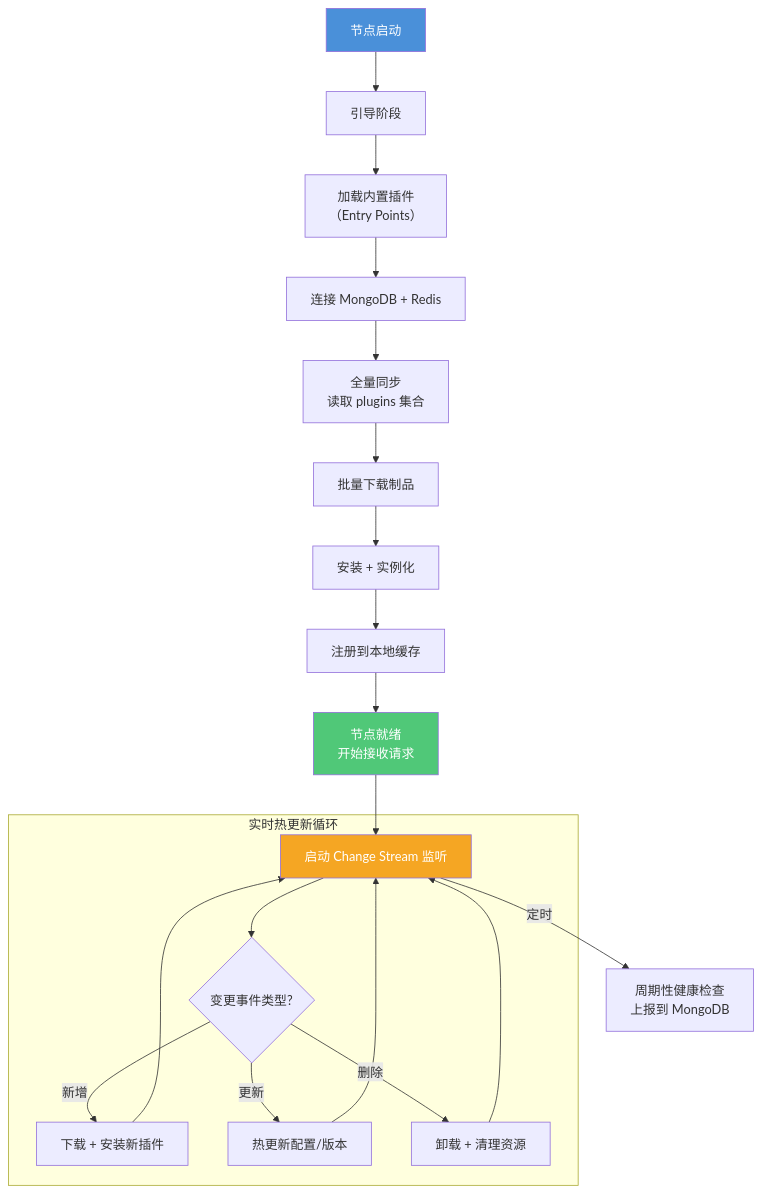
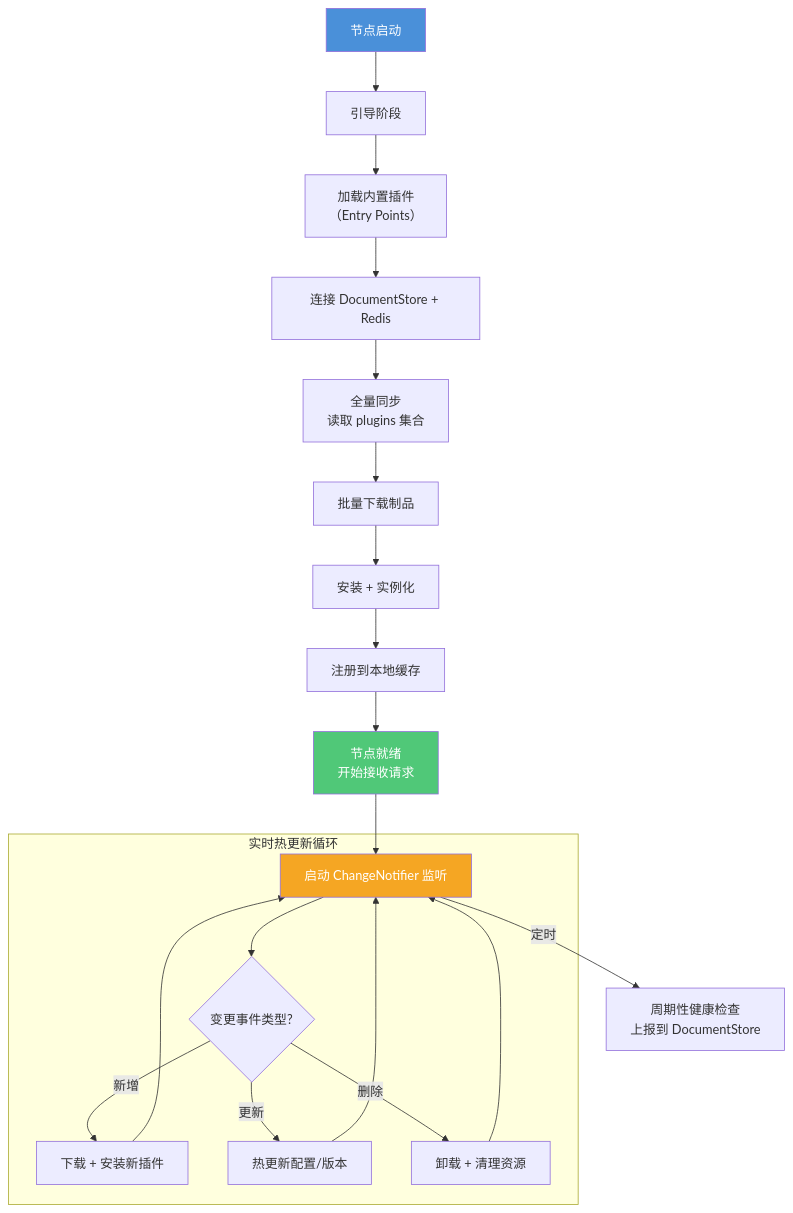
Before and after one commit to heelynn/artipivot: diagram 14 of 20 in doc/DESIGN.md, drawn with Mermaid. The commit also changed other lines of this file and 58 other files, not shown here.

````diff
--- a/doc/DESIGN.md
+++ b/doc/DESIGN.md
@@ -1288,29 +1290,29 @@
 ```mermaid
 flowchart TD
     Start["节点启动"] --> Boot["引导阶段"]
     Boot --> LoadCore["加载内置插件<br/>（Entry Points）"]
-    LoadCore --> Connect["连接 MongoDB + Redis"]
+    LoadCore --> Connect["连接 DocumentStore + Redis"]
     Connect --> FullSync["全量同步<br/>读取 plugins 集合"]
     FullSync --> Download["批量下载制品"]
     Download --> Install["安装 + 实例化"]
     Install --> Register["注册到本地缓存"]
     Register --> Ready["节点就绪<br/>开始接收请求"]
 
-    Ready --> Watch["启动 Change Stream 监听"]
+    Ready --> Watch["启动 ChangeNotifier 监听"]
 
     subgraph Watcher["实时热更新循环"]
         Watch --> Change{"变更事件类型?"}
         Change -->|新增| DL1["下载 + 安装新插件"]
         Change -->|更新| DL2["热更新配置/版本"]
         Change -->|删除| DL3["卸载 + 清理资源"]
         DL1 --> Watch
         DL2 --> Watch
         DL3 --> Watch
     end
 
-    Watch -->|"定时"| HC["周期性健康检查<br/>上报到 MongoDB"]
+    Watch -->|"定时"| HC["周期性健康检查<br/>上报到 DocumentStore"]
 
     style Start fill:#4A90D9,color:#fff
     style Ready fill:#50C878,color:#fff
     style Watch fill:#F5A623,color:#fff
 ```
````
